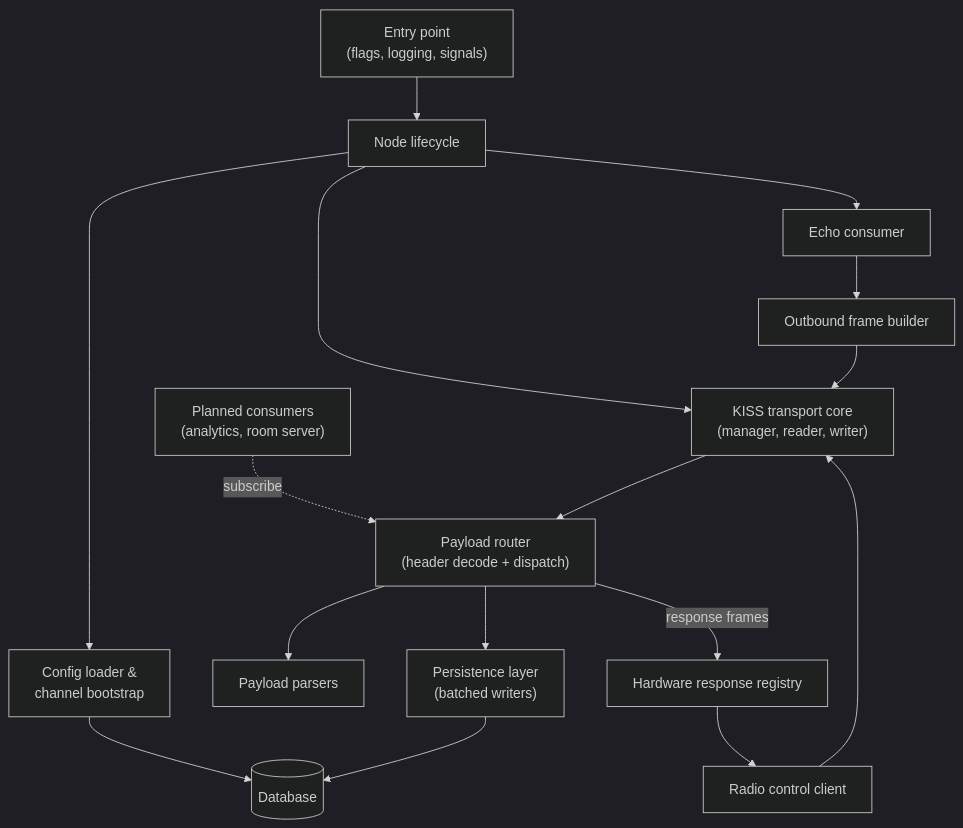
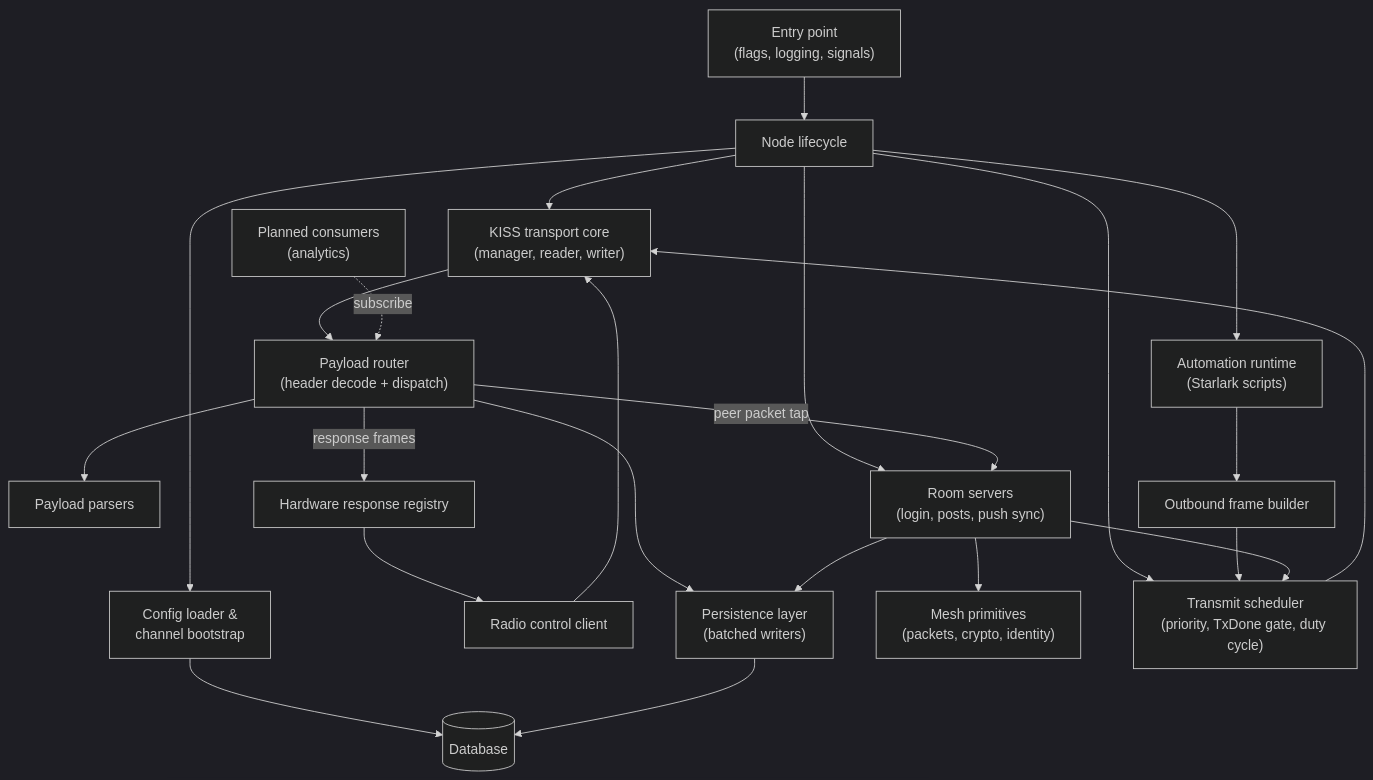
One commit to MauriceKremer/kam changed the third of 17 diagrams in docs/DESIGN.md. Above: the diagram before and after it, drawn with Mermaid (dark theme). The commit also changed other lines of this file and 80 other files, not shown here.

````diff
--- a/docs/DESIGN.md
+++ b/docs/DESIGN.md
@@ -123,32 +125,42 @@
 ```mermaid
 flowchart TD
     Entry["Entry point<br/>(flags, logging, signals)"]
     Lifecycle["Node lifecycle"]
     Config["Config loader &<br/>channel bootstrap"]
     Transport["KISS transport core<br/>(manager, reader, writer)"]
     Router["Payload router<br/>(header decode + dispatch)"]
     Parsers["Payload parsers"]
     Registry["Hardware response registry"]
     RadioCtl["Radio control client"]
     Send["Outbound frame builder"]
     Persist["Persistence layer<br/>(batched writers)"]
     DB[("Database")]
-    Echo["Echo consumer"]
-    Future["Planned consumers<br/>(analytics, room server)"]
+    Automation["Automation runtime<br/>(Starlark scripts)"]
+    Mesh["Mesh primitives<br/>(packets, crypto, identity)"]
+    Scheduler["Transmit scheduler<br/>(priority, TxDone gate, duty cycle)"]
+    Room["Room servers<br/>(login, posts, push sync)"]
+    Future["Planned consumers<br/>(analytics)"]
 
     Entry --> Lifecycle
     Lifecycle --> Config
     Lifecycle --> Transport
-    Lifecycle --> Echo
+    Lifecycle --> Automation
+    Lifecycle --> Scheduler
+    Lifecycle --> Room
     Config --> DB
     Transport --> Router
     Router --> Parsers
     Router --> Persist
     Router -->|"response frames"| Registry
+    Router -->|"peer packet tap"| Room
     Registry --> RadioCtl
     RadioCtl --> Transport
-    Send --> Transport
-    Echo --> Send
+    Send --> Scheduler
+    Automation --> Send
+    Room --> Scheduler
+    Room --> Mesh
+    Room --> Persist
+    Scheduler --> Transport
     Future -.->|"subscribe"| Router
     Persist --> DB
 ```
````
